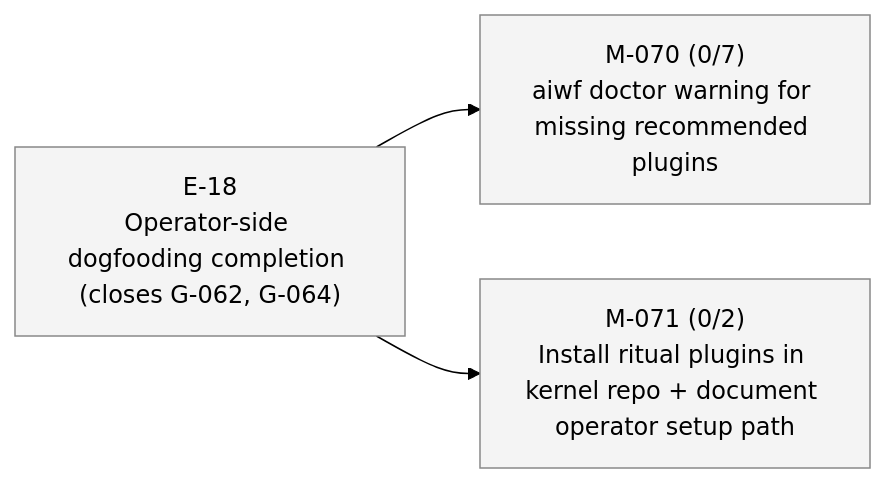
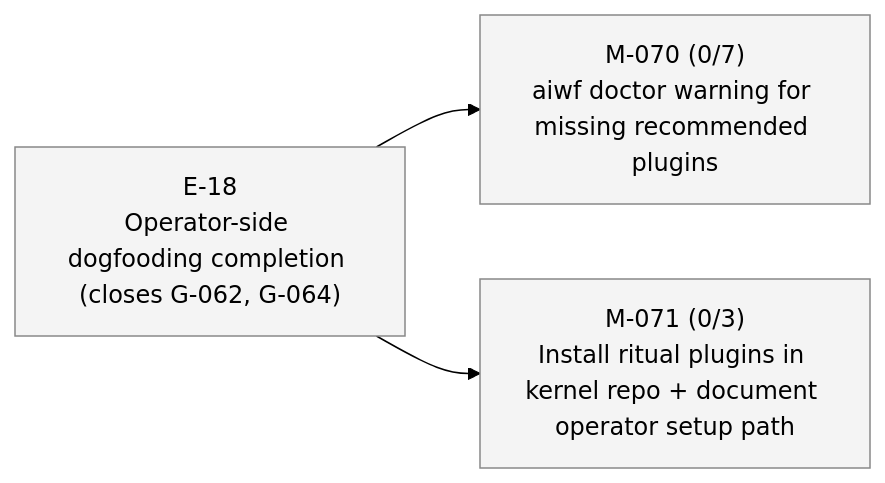
The fourth of 4 diagrams in STATUS.md (23min/aiwf), drawn with Mermaid (forest theme) before and after one commit. The commit also changed other lines of this file and 1 other file, not shown here.

First line of the commit message:
aiwf add ac M-071/AC-3 "M-070's doctor warning goes silent after install (validates G-062)"

````diff
--- a/STATUS.md
+++ b/STATUS.md
@@ -80,14 +80,14 @@
 ```mermaid
 flowchart LR
   E_18["E-18<br/>Operator-side dogfooding completion (closes G-062, G-064)"]:::epic_proposed
   M_070["M-070 (0/7)<br/>aiwf doctor warning for missing recommended plugins"]:::ms_draft
   E_18 --> M_070
-  M_071["M-071 (0/2)<br/>Install ritual plugins in kernel repo + document operator setup path"]:::ms_draft
+  M_071["M-071 (0/3)<br/>Install ritual plugins in kernel repo + document operator setup path"]:::ms_draft
   E_18 --> M_071
   classDef epic_active fill:#d6eaff,stroke:#1a73e8,color:#000
   classDef epic_proposed fill:#f4f4f4,stroke:#888,color:#000
   classDef ms_done fill:#d8f5d8,stroke:#2a8a2a,color:#000
   classDef ms_in_progress fill:#fff3c4,stroke:#caa400,color:#000
   classDef ms_draft fill:#f4f4f4,stroke:#888,color:#000
   classDef ms_cancelled fill:#fbeaea,stroke:#c33,color:#000
 ```
````
